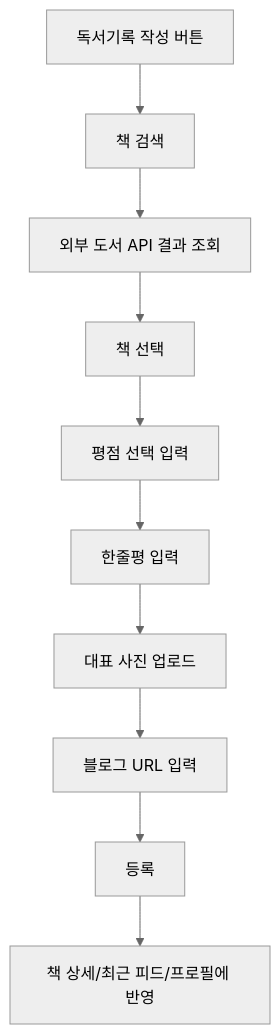
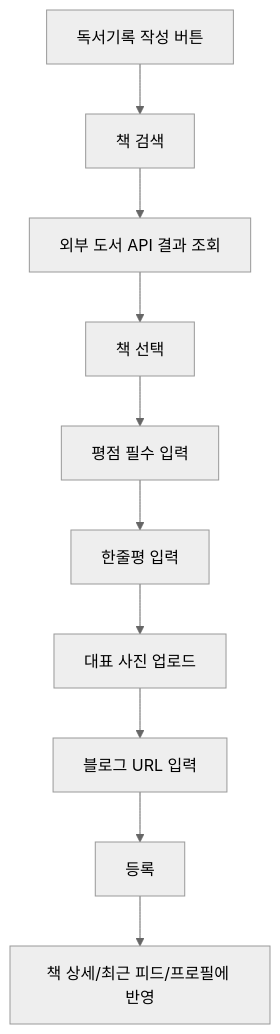
One commit to ljh468/growth-archive changed the second of 7 diagrams in docs/prd/PRD_001_Growth_Archive.md. Above: the diagram before and after it, drawn with Mermaid (neutral theme). The commit also changed other lines of this file and 9 other files, not shown here.

````diff
--- a/docs/prd/PRD_001_Growth_Archive.md
+++ b/docs/prd/PRD_001_Growth_Archive.md
@@ -713,12 +714,12 @@
 ```mermaid
 flowchart TD
     A[독서기록 작성 버튼] --> B[책 검색]
     B --> C[외부 도서 API 결과 조회]
     C --> D[책 선택]
-    D --> E[평점 선택 입력]
+    D --> E[평점 필수 입력]
     E --> F[한줄평 입력]
     F --> G[대표 사진 업로드]
     G --> H[블로그 URL 입력]
     H --> I[등록]
     I --> J[책 상세/최근 피드/프로필에 반영]
 ```
````
